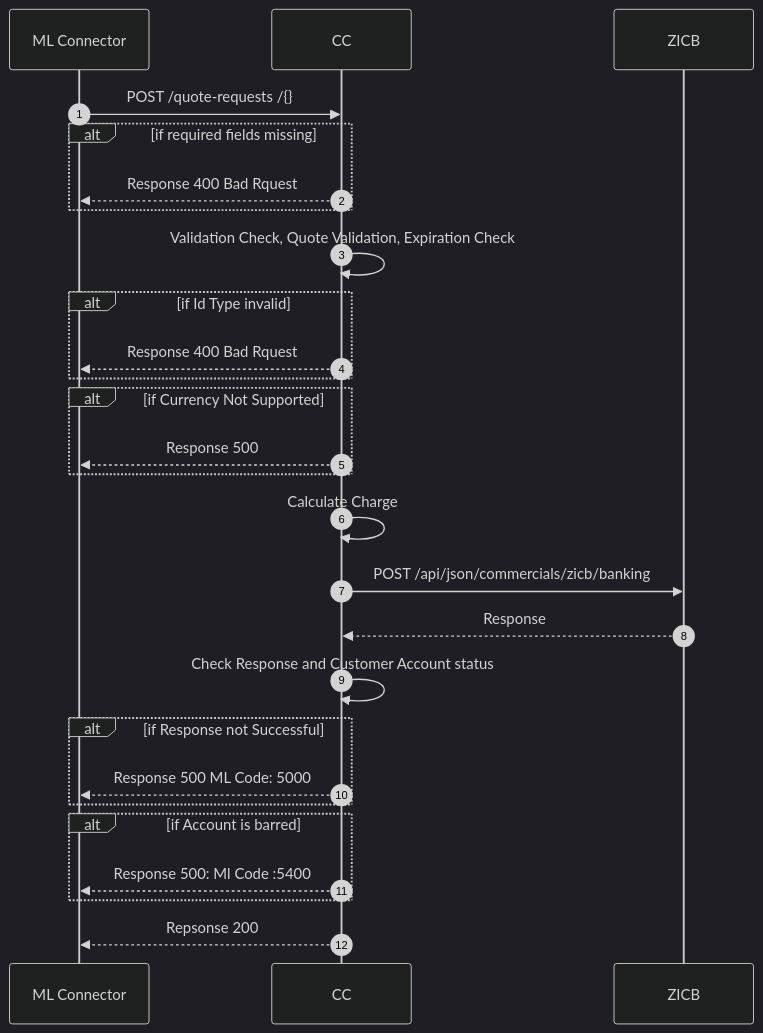
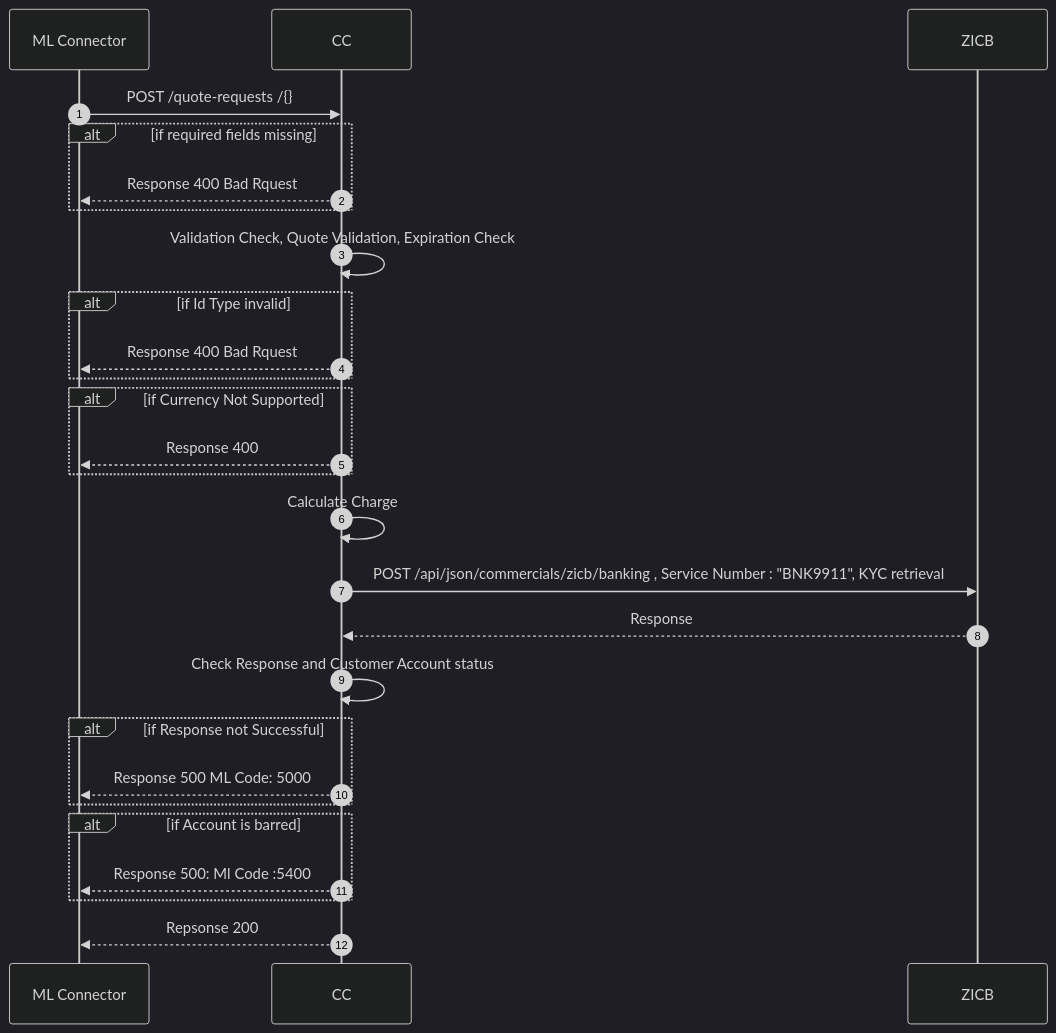
Before and after one commit to mojaloop/ml-reference-connectors: the diagram in zicb-zm-core-connector/docs/payee/payee-quoterequests.md, drawn with Mermaid (dark theme). The commit also changed 19 other files, not shown here.

````diff
--- a/zicb-zm-core-connector/docs/payee/payee-quoterequests.md
+++ b/zicb-zm-core-connector/docs/payee/payee-quoterequests.md
@@ -4,26 +4,26 @@
 ```mermaid
    sequenceDiagram
 autoNumber
 ML Connector ->> CC: POST /quote-requests /{}
 Alt if required fields missing
 CC-->>ML Connector: Response 400 Bad Rquest
 End
 CC->> CC:Validation Check, Quote Validation, Expiration Check
 Alt if Id Type invalid
 CC-->>ML Connector: Response 400 Bad Rquest
 End
 Alt if Currency Not Supported
-CC-->>ML Connector: Response 500
+CC-->>ML Connector: Response 400
 End
 CC->>CC:Calculate Charge
-CC->> ZICB: POST /api/json/commercials/zicb/banking
+CC->> ZICB: POST /api/json/commercials/zicb/banking , Service Number : "BNK9911", KYC retrieval
 ZICB -->> CC:Response
 CC->>CC: Check Response and Customer Account status 
 Alt if Response not Successful
 CC-->>ML Connector: Response 500 ML Code: 5000
 End
 Alt if Account is barred
 CC-->>ML Connector:Response 500: Ml Code :5400
 End
 CC-->>ML Connector: Repsonse 200
 ```
````
